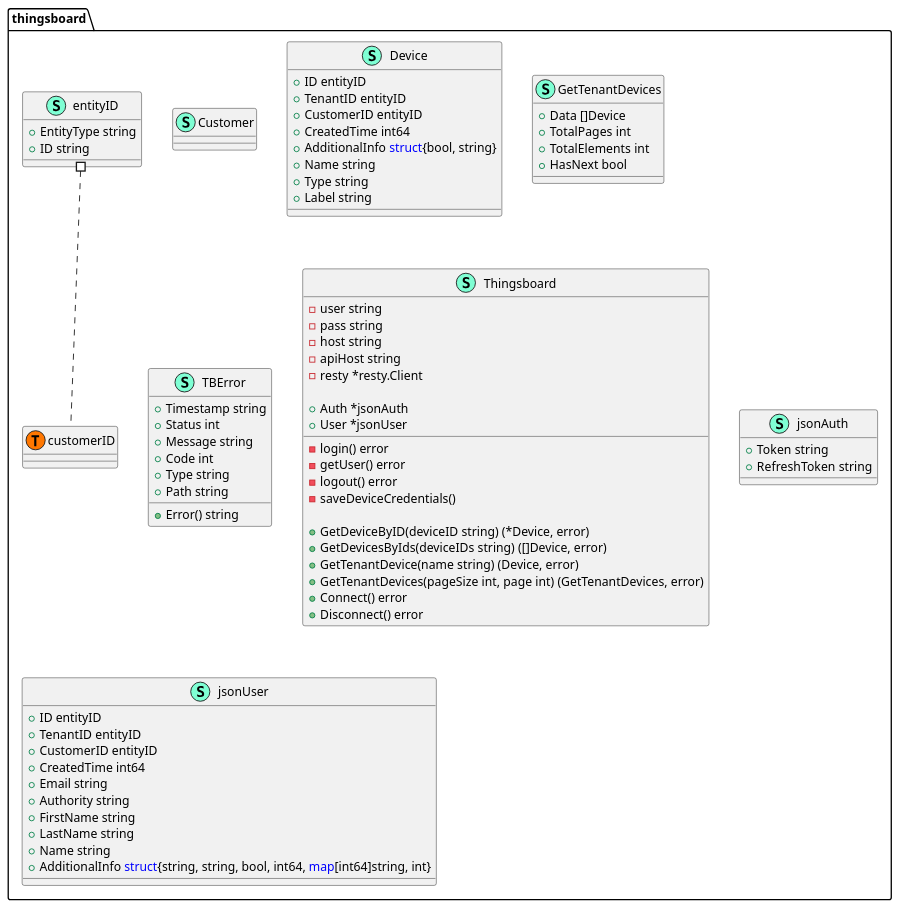
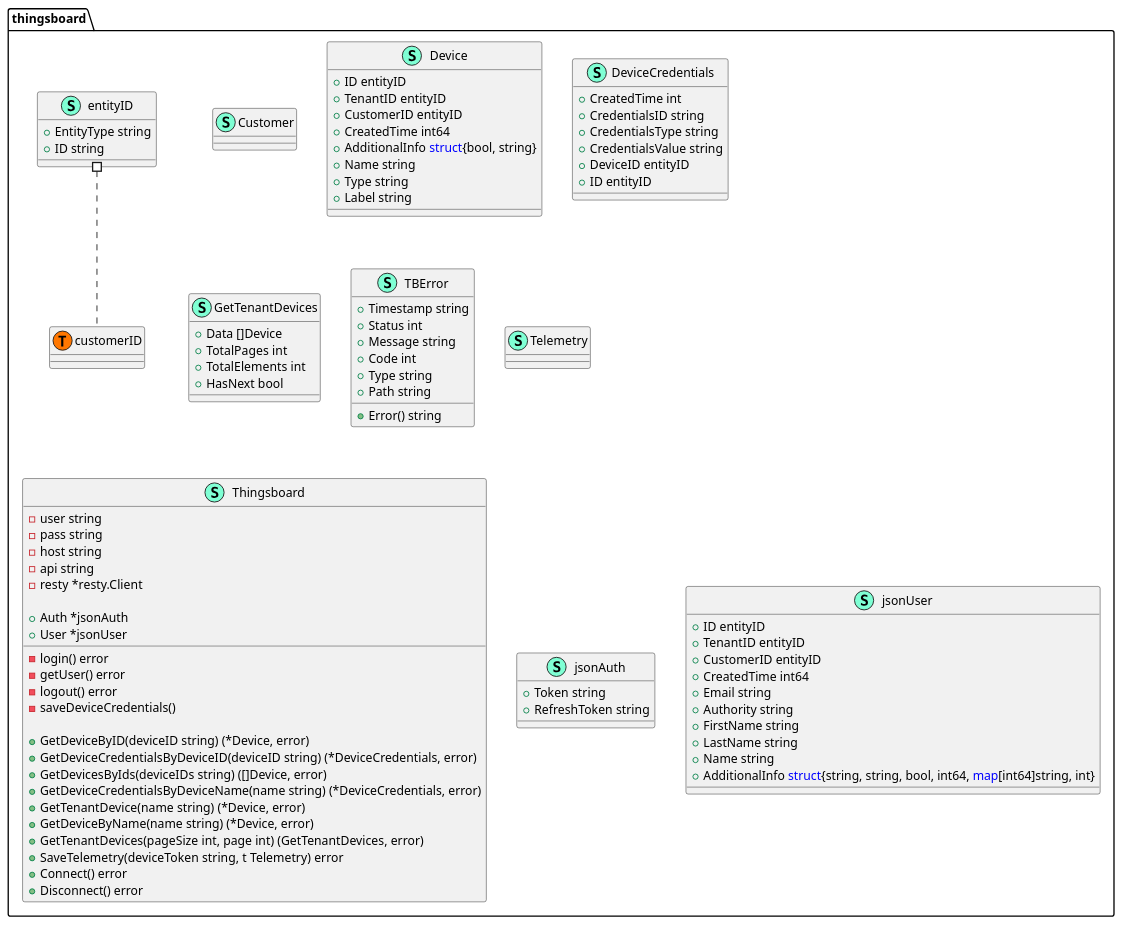
The diagram in DIAGRAM.md (ASENASystem/thingsboard), drawn with PlantUML before and after one commit. The commit also changed 1 other file, not shown here.

```diff
--- a/DIAGRAM.md
+++ b/DIAGRAM.md
@@ -12,6 +12,15 @@
         + Name string
         + Type string
         + Label string
+
+    }
+    class DeviceCredentials << (S,Aquamarine) >> {
+        + CreatedTime int
+        + CredentialsID string
+        + CredentialsType string
+        + CredentialsValue string
+        + DeviceID entityID
+        + ID entityID
 
     }
     class GetTenantDevices << (S,Aquamarine) >> {
@@ -32,11 +41,13 @@
         + Error() string
 
     }
+    class Telemetry << (S,Aquamarine) >> {
+    }
     class Thingsboard << (S,Aquamarine) >> {
         - user string
         - pass string
         - host string
-        - apiHost string
+        - api string
         - resty *resty.Client
 
         + Auth *jsonAuth
@@ -48,9 +59,13 @@
         - saveDeviceCredentials() 
 
         + GetDeviceByID(deviceID string) (*Device, error)
+        + GetDeviceCredentialsByDeviceID(deviceID string) (*DeviceCredentials, error)
         + GetDevicesByIds(deviceIDs string) ([]Device, error)
-        + GetTenantDevice(name string) (Device, error)
+        + GetDeviceCredentialsByDeviceName(name string) (*DeviceCredentials, error)
+        + GetTenantDevice(name string) (*Device, error)
+        + GetDeviceByName(name string) (*Device, error)
         + GetTenantDevices(pageSize int, page int) (GetTenantDevices, error)
+        + SaveTelemetry(deviceToken string, t Telemetry) error
         + Connect() error
         + Disconnect() error
 
```
